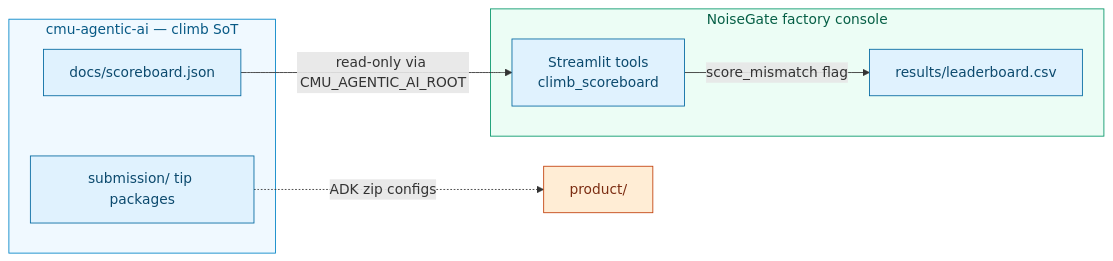
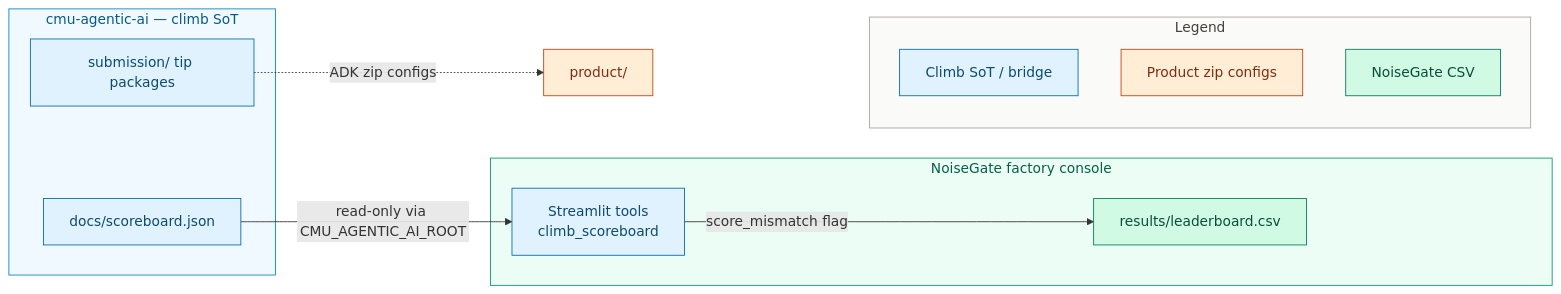
Before and after one commit to khaosans/noisegate-gemma4-factory: the seventh of 7 diagrams in docs/wiki/Architecture.md, drawn with Mermaid. The commit also changed other lines of this file and 4 other files, not shown here.

First line of the commit message:
docs: move Mermaid color legends into diagram subgraphs

````diff
--- a/docs/wiki/Architecture.md
+++ b/docs/wiki/Architecture.md
@@ -233,23 +266,34 @@
 ```mermaid
 flowchart LR
   subgraph CMU["cmu-agentic-ai — climb SoT"]
     SB[docs/scoreboard.json]
     Tips[submission/ tip packages]
   end
 
   subgraph NG["NoiseGate factory console"]
     CSV[results/leaderboard.csv]
     Cons[Streamlit tools<br/>climb_scoreboard]
   end
 
   SB -->|read-only via CMU_AGENTIC_AI_ROOT| Cons
   Cons -->|score_mismatch flag| CSV
   Tips -.->|ADK zip configs| Prod[product/]
 
+  subgraph Legend["Legend"]
+    direction TB
+    LegO[Climb SoT / bridge]
+    LegP[Product zip configs]
+    LegF[NoiseGate CSV]
+  end
+  Prod ~~~ LegO
+
   classDef ops fill:#E0F2FE,stroke:#0369A1,color:#0C4A6E
   classDef product fill:#FFEDD5,stroke:#C2410C,color:#7C2D12
-  class SB,Tips,CSV,Cons ops
-  class Prod product
+  classDef factory fill:#D1FAE5,stroke:#047857,color:#064E3B
+  class SB,Tips,Cons,LegO ops
+  class Prod,LegP product
+  class CSV,LegF factory
   style CMU fill:#F0F9FF,stroke:#0284C7,color:#075985
   style NG fill:#ECFDF5,stroke:#059669,color:#065F46
+  style Legend fill:#FAFAF9,stroke:#A8A29E,color:#44403C
 ```
````
